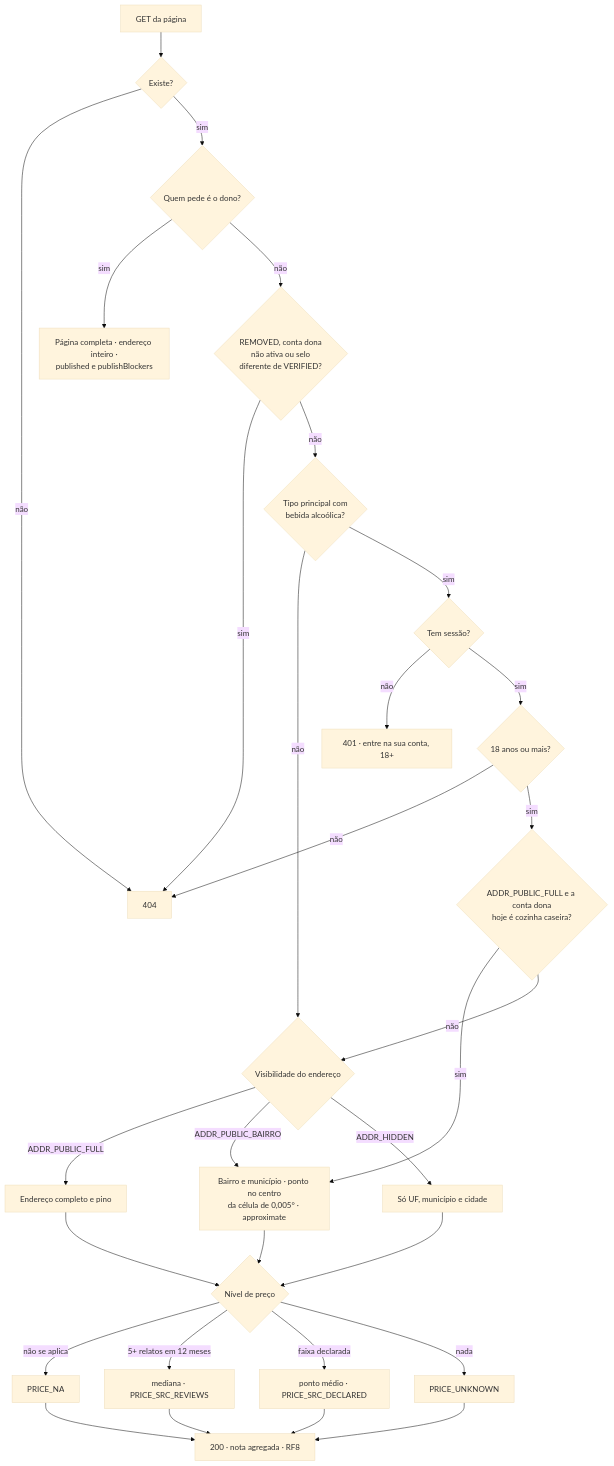
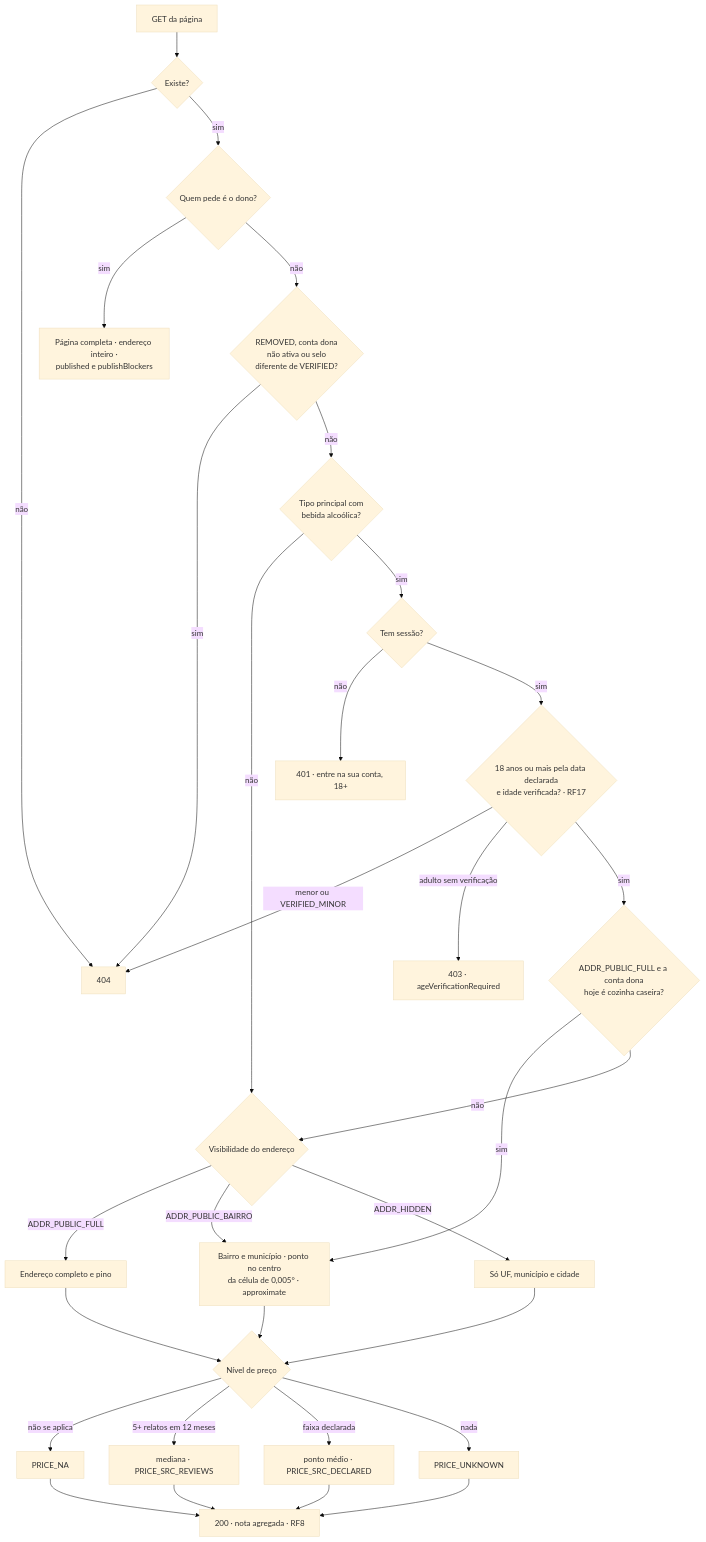
The second of 2 diagrams in docs/RF6/atividades.md (MatheusHaliski/Friendly-Eats), drawn with Mermaid (base theme) before and after one commit. The commit also changed 71 other files, not shown here.

````diff
--- a/docs/RF6/atividades.md
+++ b/docs/RF6/atividades.md
@@ -34,27 +34,28 @@
 ```mermaid
 flowchart TD
     G[GET da página] --> X{Existe?}
     X -- não --> N404[404]
     X -- sim --> O{Quem pede é o dono?}
     O -- sim --> FULL[Página completa · endereço inteiro ·<br/>published e publishBlockers]
     O -- não --> B{REMOVED, conta dona<br/>não ativa ou selo<br/>diferente de VERIFIED?}
     B -- sim --> N404
     B -- não --> AL{Tipo principal com<br/>bebida alcoólica?}
     AL -- não --> V
     AL -- sim --> LG{Tem sessão?}
     LG -- não --> N401[401 · entre na sua conta, 18+]
-    LG -- sim --> AD{18 anos ou mais?}
-    AD -- não --> N404
-    AD -- sim --> CC{ADDR_PUBLIC_FULL e a conta dona<br/>hoje é cozinha caseira?}
+    LG -- sim --> AD{18 anos ou mais pela data declarada<br/>e idade verificada? · RF17}
+    AD -- "menor ou VERIFIED_MINOR" --> N404
+    AD -- "adulto sem verificação" --> N403[403 · ageVerificationRequired]
+    AD -- "sim" --> CC{ADDR_PUBLIC_FULL e a conta dona<br/>hoje é cozinha caseira?}
     CC -- sim --> P2
     CC -- não --> V{Visibilidade do endereço}
     V -- ADDR_PUBLIC_FULL --> P1[Endereço completo e pino]
     V -- ADDR_PUBLIC_BAIRRO --> P2[Bairro e município · ponto no centro<br/>da célula de 0,005° · approximate]
     V -- ADDR_HIDDEN --> P3[Só UF, município e cidade]
     P1 & P2 & P3 --> PRICE{Nível de preço}
     PRICE -- não se aplica --> NA[PRICE_NA]
     PRICE -- "5+ relatos em 12 meses" --> MED[mediana · PRICE_SRC_REVIEWS]
     PRICE -- faixa declarada --> DEC[ponto médio · PRICE_SRC_DECLARED]
     PRICE -- nada --> UNK[PRICE_UNKNOWN]
     NA & MED & DEC & UNK --> OK[200 · nota agregada · RF8]
 ```
````
